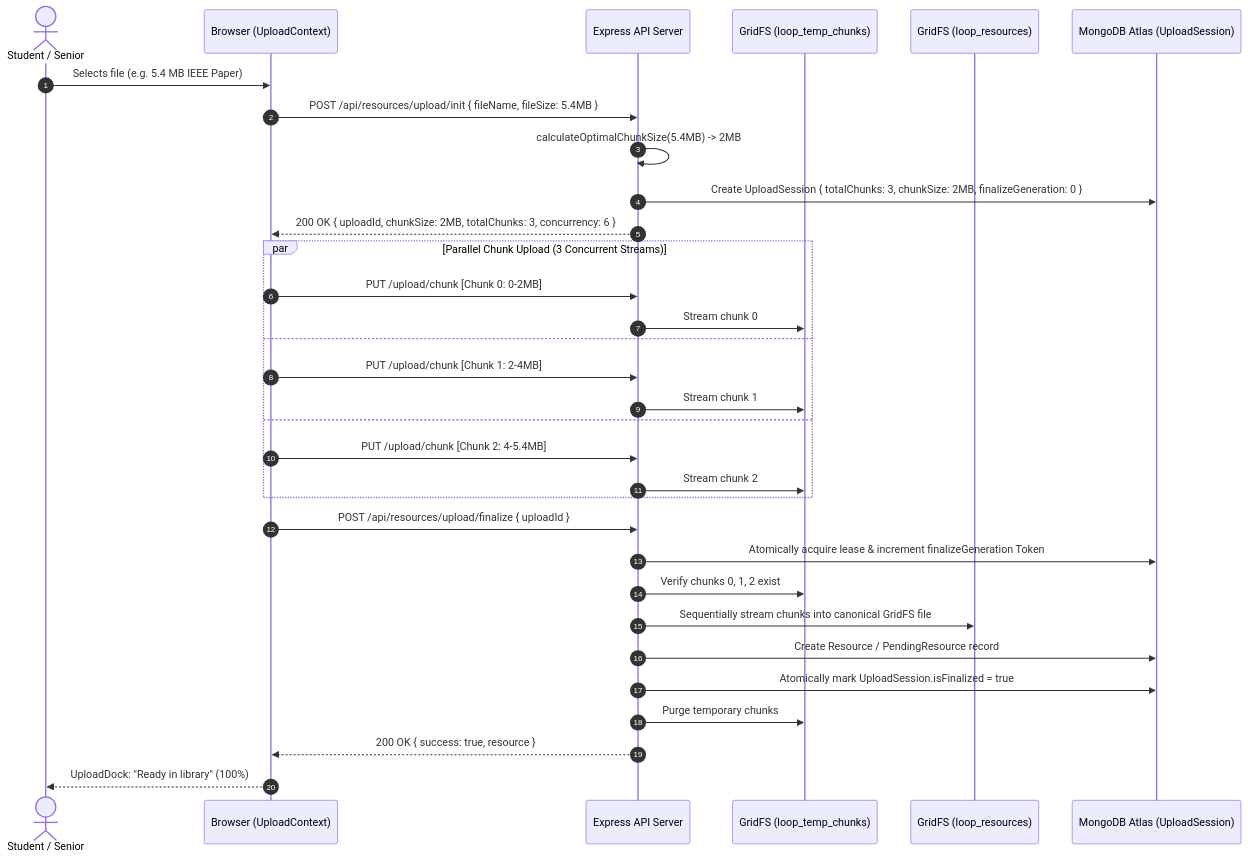
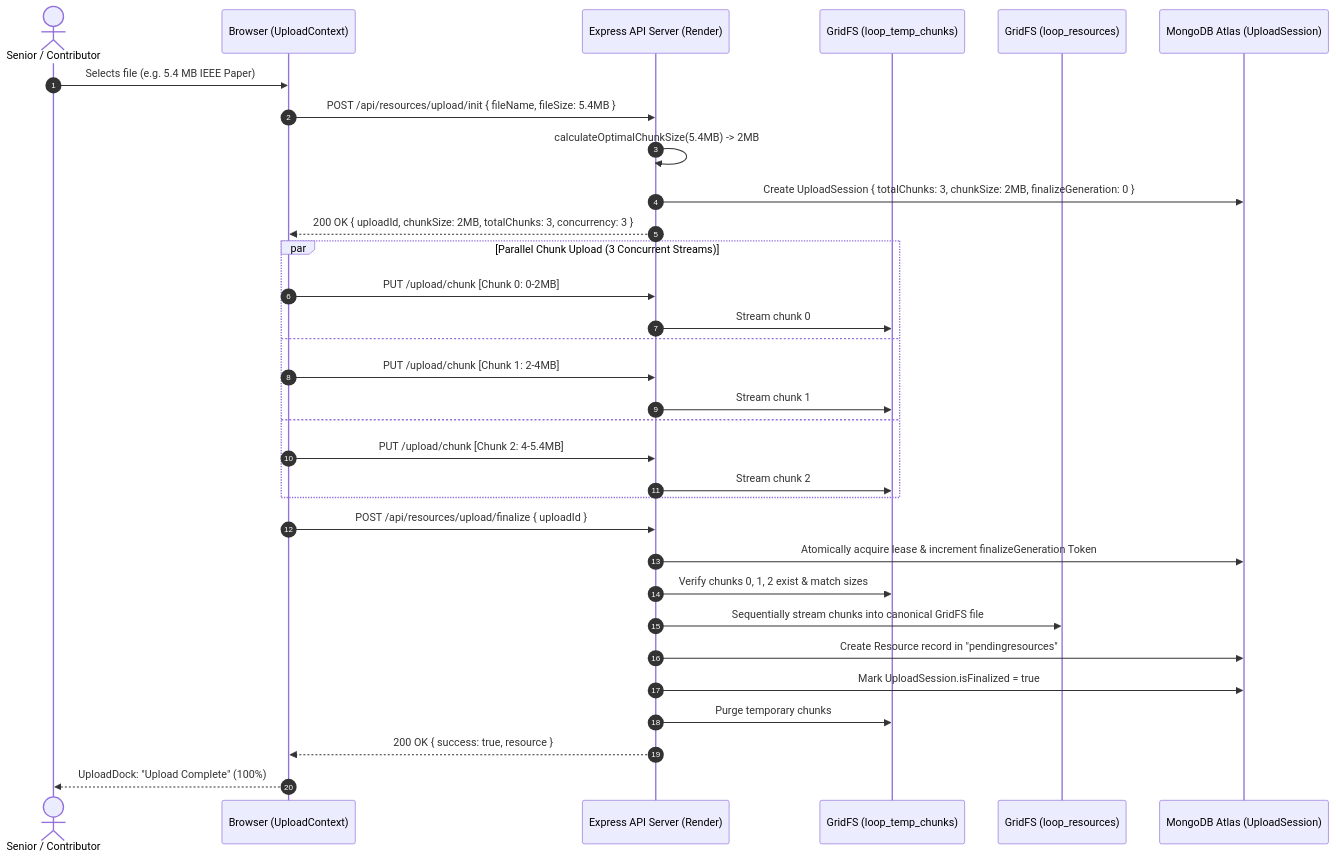
Before and after one commit to manthanpalkar/Mini-project_hackathon: the fifth of 5 diagrams in README.md, drawn with Mermaid. The commit also changed other lines of this file, not shown here.

Commit message:
docs: enrich README with complete project overview, real-world problems solved, technology stack deep dive, and diagrams

````diff
--- a/README.md
+++ b/README.md
@@ -184,37 +415,37 @@
 ```mermaid
 sequenceDiagram
     autonumber
-    actor User as Student / Senior
+    actor User as Senior / Contributor
     participant Client as Browser (UploadContext)
-    participant API as Express API Server
+    participant API as Express API Server (Render)
     participant TempBucket as GridFS (loop_temp_chunks)
     participant FinalBucket as GridFS (loop_resources)
     participant DB as MongoDB Atlas (UploadSession)
 
     User->>Client: Selects file (e.g. 5.4 MB IEEE Paper)
     Client->>API: POST /api/resources/upload/init { fileName, fileSize: 5.4MB }
     API->>API: calculateOptimalChunkSize(5.4MB) -> 2MB
     API->>DB: Create UploadSession { totalChunks: 3, chunkSize: 2MB, finalizeGeneration: 0 }
-    API-->>Client: 200 OK { uploadId, chunkSize: 2MB, totalChunks: 3, concurrency: 6 }
-    
+    API-->>Client: 200 OK { uploadId, chunkSize: 2MB, totalChunks: 3, concurrency: 3 }
+
     par Parallel Chunk Upload (3 Concurrent Streams)
         Client->>API: PUT /upload/chunk [Chunk 0: 0-2MB]
         API->>TempBucket: Stream chunk 0
         and
         Client->>API: PUT /upload/chunk [Chunk 1: 2-4MB]
         API->>TempBucket: Stream chunk 1
         and
         Client->>API: PUT /upload/chunk [Chunk 2: 4-5.4MB]
         API->>TempBucket: Stream chunk 2
     end
 
     Client->>API: POST /api/resources/upload/finalize { uploadId }
     API->>DB: Atomically acquire lease & increment finalizeGeneration Token
-    API->>TempBucket: Verify chunks 0, 1, 2 exist
+    API->>TempBucket: Verify chunks 0, 1, 2 exist & match sizes
     API->>FinalBucket: Sequentially stream chunks into canonical GridFS file
-    API->>DB: Create Resource / PendingResource record
-    API->>DB: Atomically mark UploadSession.isFinalized = true
+    API->>DB: Create Resource record in "pendingresources"
+    API->>DB: Mark UploadSession.isFinalized = true
     API->>TempBucket: Purge temporary chunks
     API-->>Client: 200 OK { success: true, resource }
-    Client-->>User: UploadDock: "Ready in library" (100%)
+    Client-->>User: UploadDock: "Upload Complete" (100%)
 ```
````
